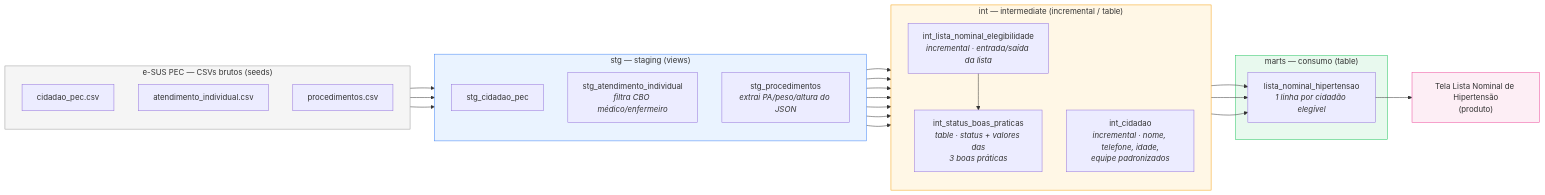
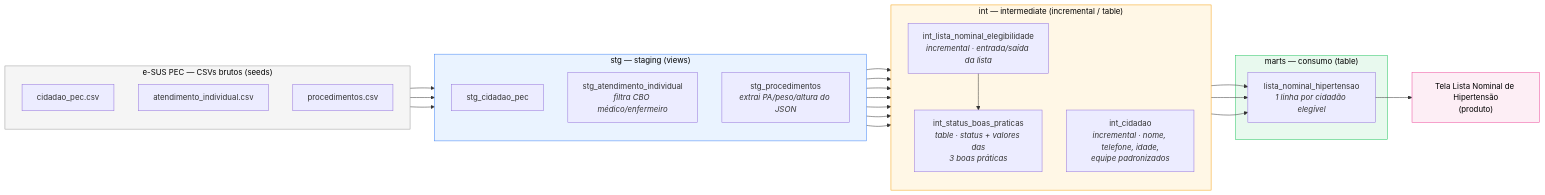
One commit to amandasvasco/case-impulso changed the diagram in entregaveis/01-diagrama-arquitetura.md. Above: the diagram before and after it, drawn with Mermaid.

Commit message:
Update 02

````diff
--- a/entregaveis/01-diagrama-arquitetura.md
+++ b/entregaveis/01-diagrama-arquitetura.md
@@ -3,56 +3,56 @@
 ```mermaid
 flowchart LR
     subgraph RAW["e-SUS PEC — CSVs brutos (seeds)"]
         direction TB
         R1[cidadao_pec.csv]
         R2[atendimento_individual.csv]
         R3[procedimentos.csv]
     end
 
     subgraph STG["stg — staging (views)"]
         direction TB
         S1[stg_cidadao_pec]
         S2["stg_atendimento_individual<br/><i>filtra CBO médico/enfermeiro</i>"]
         S3["stg_procedimentos<br/><i>extrai PA/peso/altura do JSON</i>"]
     end
 
     subgraph INT["int — intermediate (incremental / table)"]
         direction TB
         I1["int_lista_nominal_elegibilidade<br/><i>incremental · entrada/saída da lista</i>"]
         I2["int_cidadao<br/><i>incremental · nome, telefone, idade,<br/>equipe padronizados</i>"]
         I3["int_status_boas_praticas<br/><i>table · status + valores das<br/>3 boas práticas</i>"]
     end
 
     subgraph MART["marts — consumo (table)"]
         M1["lista_nominal_hipertensao<br/><i>1 linha por cidadão elegível</i>"]
     end
 
     P["Tela Lista Nominal de Hipertensão<br/>(produto)"]
 
     R1 --> S1
     R2 --> S2
     R3 --> S3
 
     S1 --> I1
     S2 --> I1
 
     S1 --> I2
     S2 --> I2
     S3 --> I2
 
     I1 --> I3
     S2 --> I3
     S3 --> I3
 
     I1 --> M1
     I2 --> M1
     I3 --> M1
 
     M1 --> P
 
-    style RAW fill:#f5f5f5,stroke:#999
-    style STG fill:#eaf3ff,stroke:#3b82f6
-    style INT fill:#fff7e6,stroke:#f59e0b
-    style MART fill:#e8f9ee,stroke:#22c55e
-    style P fill:#fdeef5,stroke:#ec4899
+    style RAW fill:#f5f5f5,stroke:#999,color:#000
+    style STG fill:#eaf3ff,stroke:#3b82f6,color:#000
+    style INT fill:#fff7e6,stroke:#f59e0b,color:#000
+    style MART fill:#e8f9ee,stroke:#22c55e,color:#000
+    style P fill:#fdeef5,stroke:#ec4899,color:#000
 ```
````
